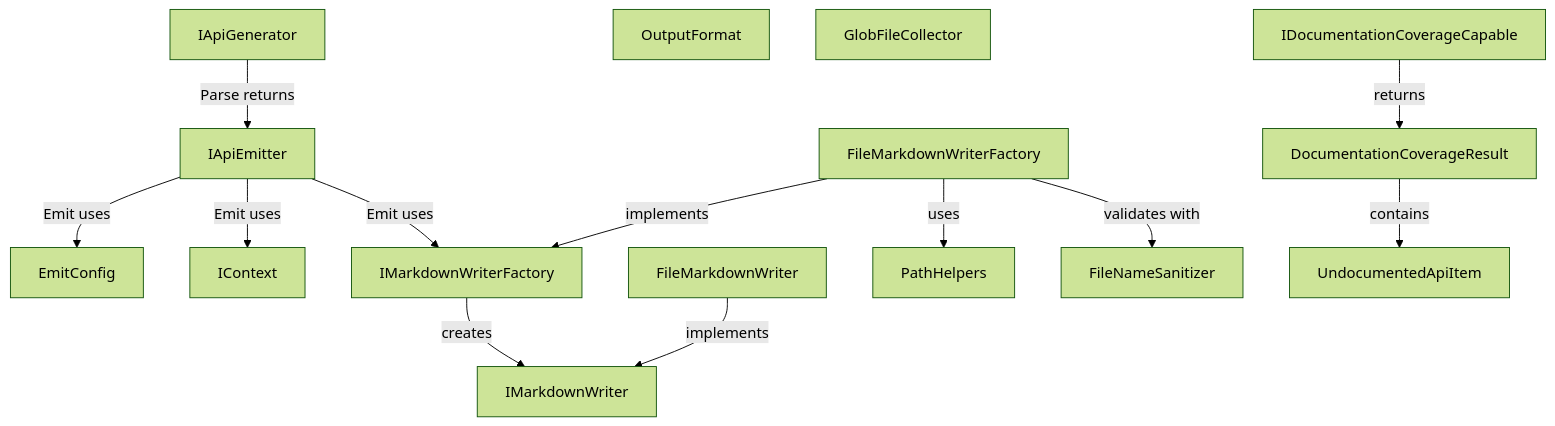
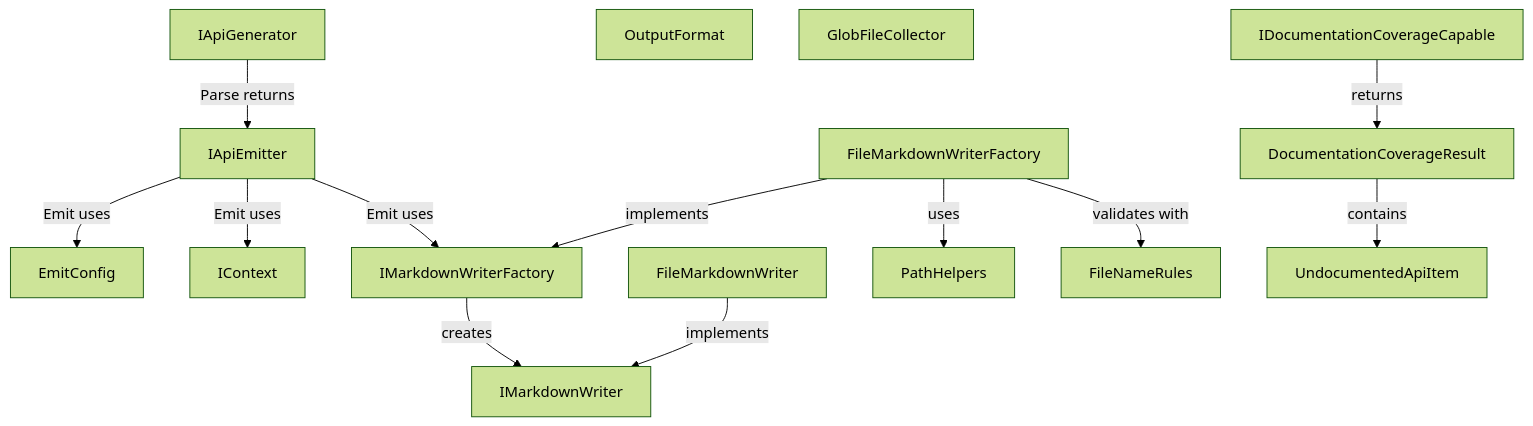
The diagram in docs/design/api-mark-core.md (demaconsulting/ApiMark), drawn with Mermaid (forest theme) before and after one commit. The commit also changed other lines of this file and 95 other files, not shown here.

````diff
--- a/docs/design/api-mark-core.md
+++ b/docs/design/api-mark-core.md
@@ -17,20 +17,20 @@
 ```mermaid
 flowchart TD
     IApiGenerator --> |Parse returns| IApiEmitter
     EmitConfig
     OutputFormat
     IContext
     IMarkdownWriterFactory
     IMarkdownWriter
     GlobFileCollector
     FileMarkdownWriterFactory --> |implements| IMarkdownWriterFactory
     FileMarkdownWriter --> |implements| IMarkdownWriter
     IMarkdownWriterFactory --> |creates| IMarkdownWriter
     FileMarkdownWriterFactory --> |uses| PathHelpers
-    FileMarkdownWriterFactory --> |validates with| FileNameSanitizer
+    FileMarkdownWriterFactory --> |validates with| FileNameRules
     IApiEmitter --> |Emit uses| IMarkdownWriterFactory
     IApiEmitter --> |Emit uses| EmitConfig
     IApiEmitter --> |Emit uses| IContext
     IDocumentationCoverageCapable --> |returns| DocumentationCoverageResult
     DocumentationCoverageResult --> |contains| UndocumentedApiItem
 ```
````
